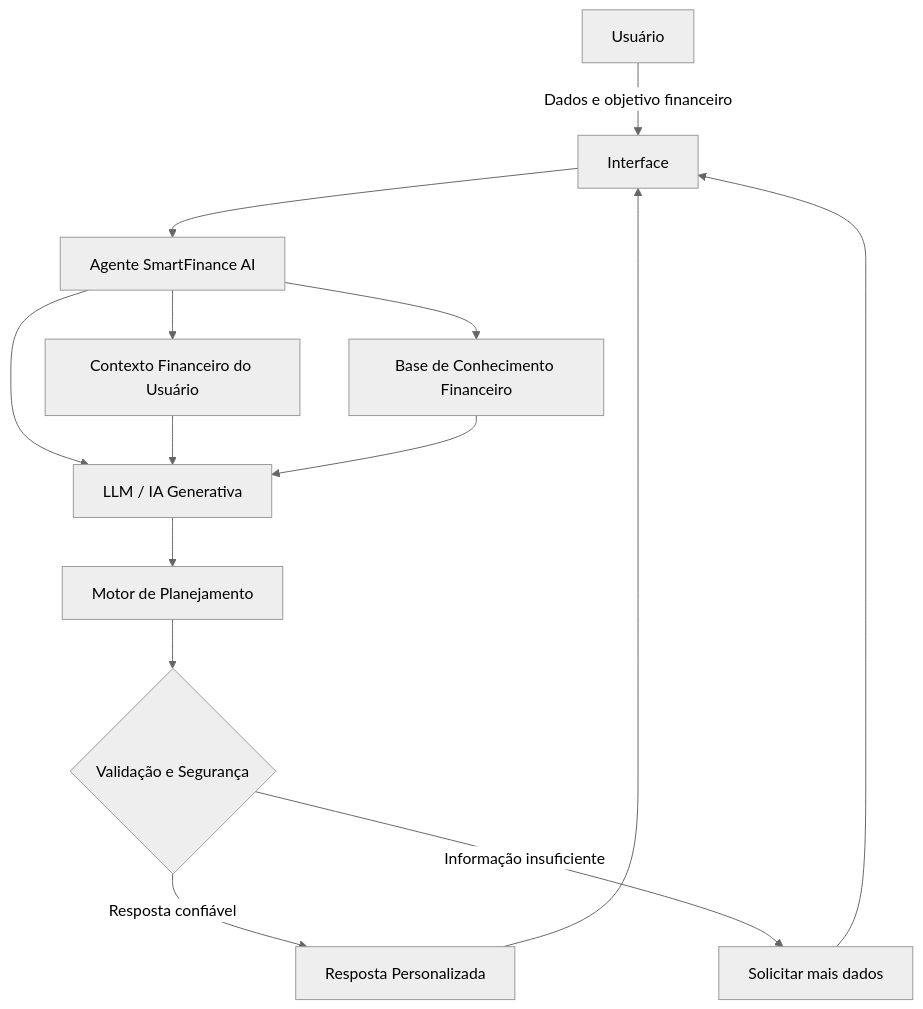
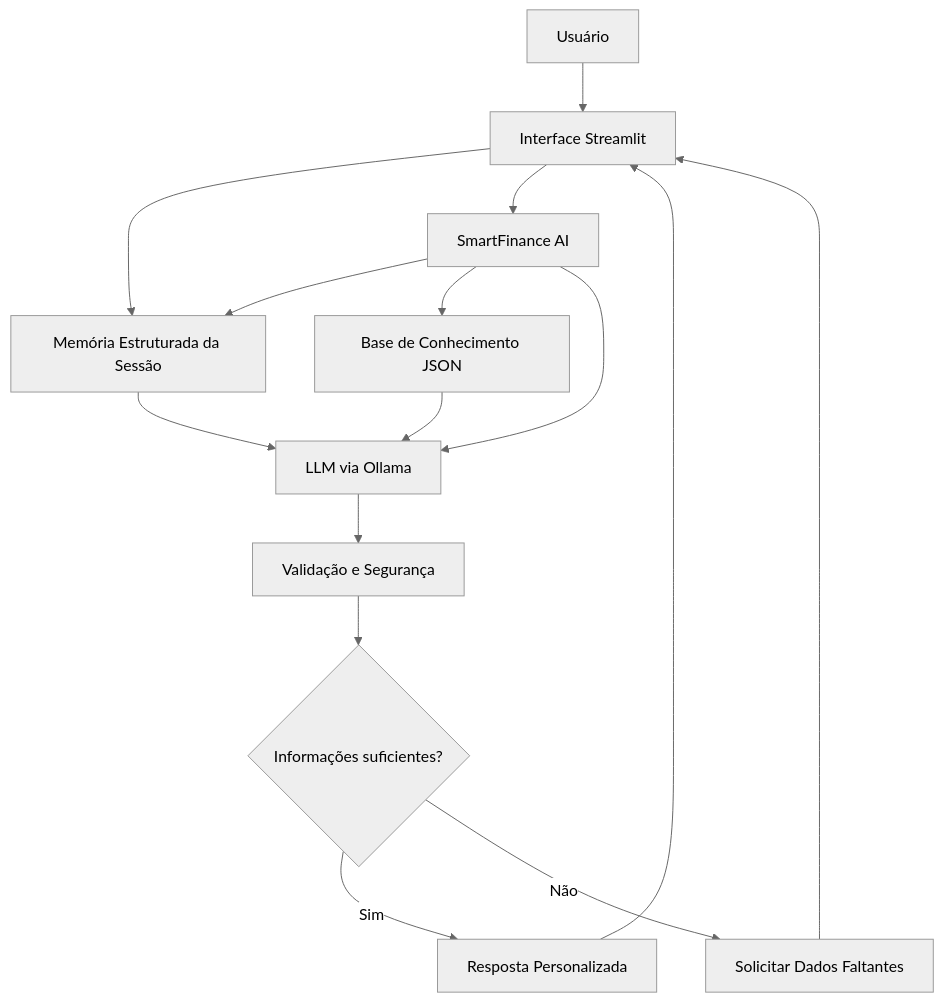
The diagram in docs/01-documentacao-agente.md (Lecosan28/dio-lab-bia-do-futuro), drawn with Mermaid (neutral theme) before and after one commit. The commit also changed other lines of this file, not shown here.

First line of the commit message:
Atualização da documentação do agente SmartFinance AI

````diff
--- a/docs/01-documentacao-agente.md
+++ b/docs/01-documentacao-agente.md
@@ -92,21 +150,31 @@
 ```mermaid
 flowchart TD
-    A[Usuário] -->|Dados e objetivo financeiro| B[Interface]
-    B --> C[Agente SmartFinance AI]
 
-    C --> D[Contexto Financeiro do Usuário]
-    C --> E[LLM / IA Generativa]
-    C --> F[Base de Conhecimento Financeiro]
+    A[Usuário]
 
-    D --> E
-    F --> E
+    A --> B[Interface Streamlit]
 
-    E --> G[Motor de Planejamento]
-    G --> H{Validação e Segurança}
+    B --> C[Memória Estruturada da Sessão]
 
-    H -->|Resposta confiável| I[Resposta Personalizada]
-    H -->|Informação insuficiente| J[Solicitar mais dados]
+    B --> D[SmartFinance AI]
+
+    D --> C
+
+    D --> E[Base de Conhecimento JSON]
+
+    D --> F[LLM via Ollama]
+
+    C --> F
+    E --> F
+
+    F --> G[Validação e Segurança]
+
+    G --> H{Informações suficientes?}
+
+    H -->|Sim| I[Resposta Personalizada]
+
+    H -->|Não| J[Solicitar Dados Faltantes]
 
     I --> B
     J --> B
 ```
````
